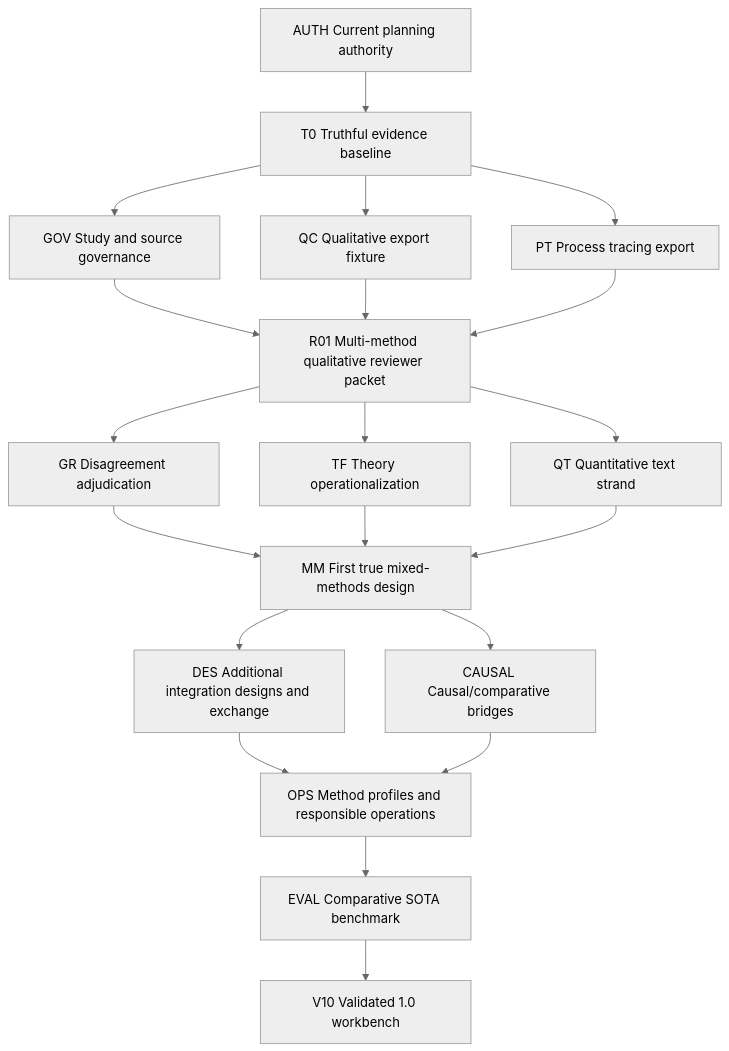
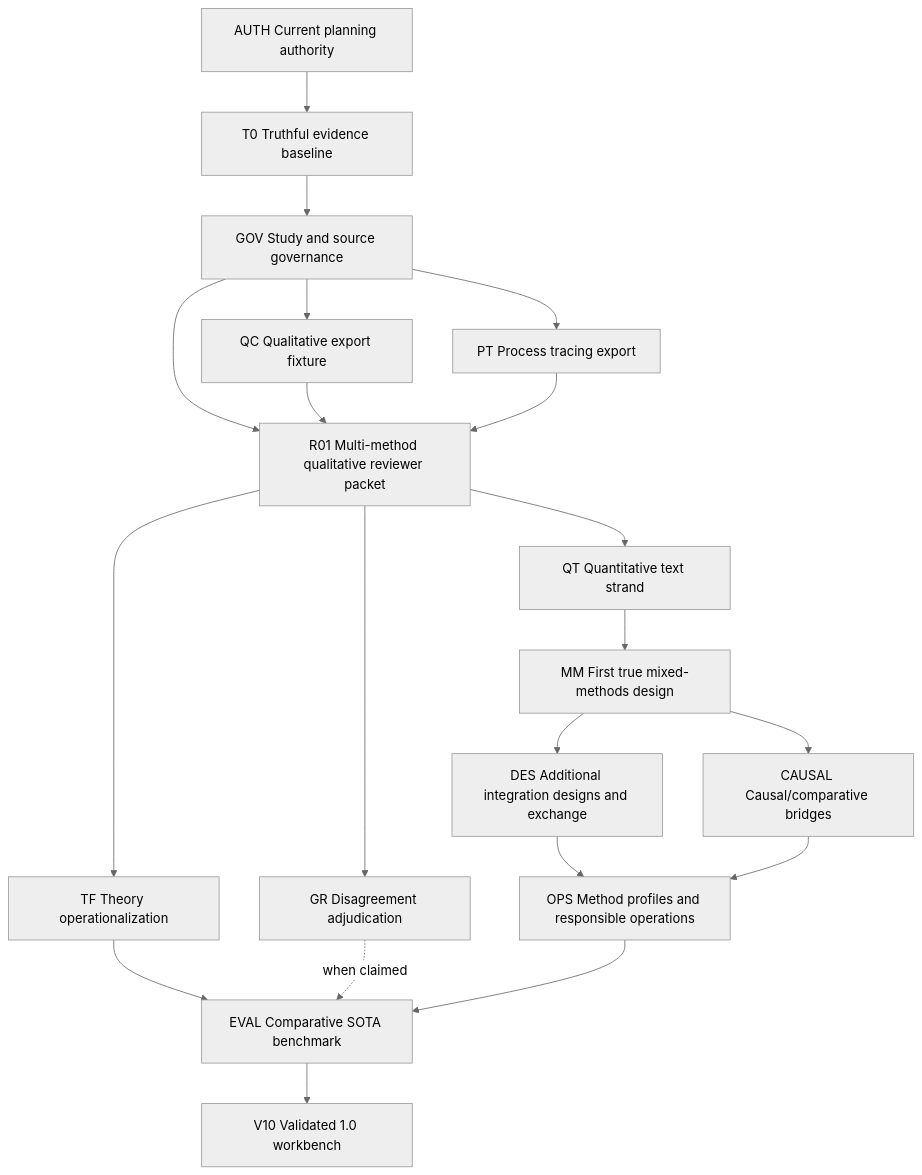
The diagram in docs/CAPABILITY_DEPENDENCY_GRAPH.md (BrianMills2718/mixed_methods_workbench), drawn with Mermaid (neutral theme) before and after one commit. The commit also changed other lines of this file and 20 other files, not shown here.

````diff
--- a/docs/CAPABILITY_DEPENDENCY_GRAPH.md
+++ b/docs/CAPABILITY_DEPENDENCY_GRAPH.md
@@ -28,38 +28,38 @@
 ```mermaid
 flowchart TD
   AUTH["AUTH Current planning authority"]
   T0["T0 Truthful evidence baseline"]
   GOV["GOV Study and source governance"]
   QC["QC Qualitative export fixture"]
   PT["PT Process tracing export"]
   R01["R01 Multi-method qualitative reviewer packet"]
   GR["GR Disagreement adjudication"]
   TF["TF Theory operationalization"]
   QT["QT Quantitative text strand"]
   MM["MM First true mixed-methods design"]
   DES["DES Additional integration designs and exchange"]
   CAUSAL["CAUSAL Causal/comparative bridges"]
   OPS["OPS Method profiles and responsible operations"]
   EVAL["EVAL Comparative SOTA benchmark"]
   V10["V10 Validated 1.0 workbench"]
 
   AUTH --> T0
   T0 --> GOV
-  T0 --> QC
-  T0 --> PT
+  GOV --> QC
+  GOV --> PT
   GOV --> R01
   QC --> R01
   PT --> R01
   R01 --> GR
   R01 --> TF
   R01 --> QT
-  GR --> MM
-  TF --> MM
   QT --> MM
   MM --> DES
   MM --> CAUSAL
   DES --> OPS
   CAUSAL --> OPS
+  TF --> EVAL
+  GR -. "when claimed" .-> EVAL
   OPS --> EVAL
   EVAL --> V10
 ```
````
